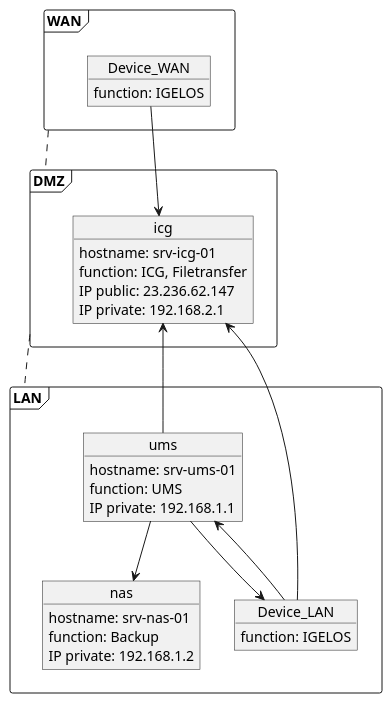
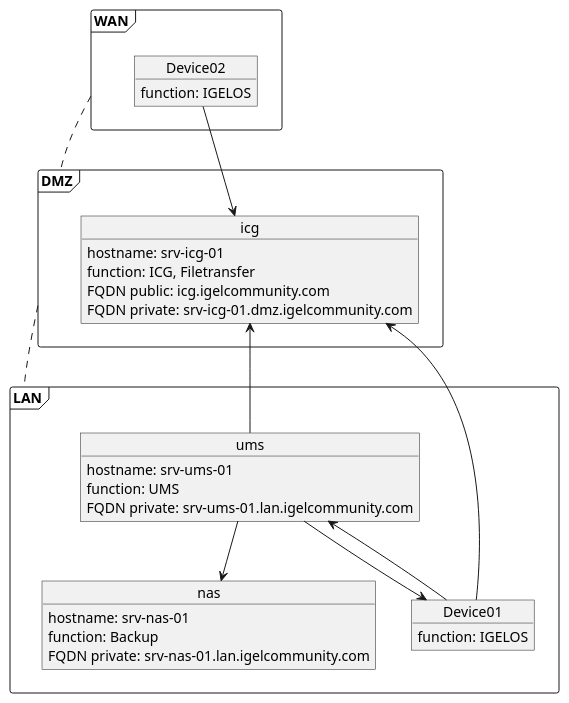
Before and after one commit to falkheiland/IGEL-Ansible: the diagram in media/IGEL-Ansible.wsd, drawn with PlantUML. The commit also changed 2 other files, not shown here.

Commit message:
changed IP to FQDN

```diff
--- a/media/IGEL-Ansible.wsd
+++ b/media/IGEL-Ansible.wsd
@@ -1,53 +1,53 @@
 @startuml name IGEL-Ansible
 
 frame DMZ {
 
   object icg {
     hostname: srv-icg-01
     function: ICG, Filetransfer
-    IP public: 23.236.62.147
-    IP private: 192.168.2.1
+    FQDN public: icg.igelcommunity.com
+    FQDN private: srv-icg-01.dmz.igelcommunity.com
   }
 
 }
 
 frame LAN {
 
   object ums {
     hostname: srv-ums-01
     function: UMS
-    IP private: 192.168.1.1
+    FQDN private: srv-ums-01.lan.igelcommunity.com
   }
 
   object nas {
     hostname: srv-nas-01
     function: Backup
-    IP private: 192.168.1.2
+    FQDN private: srv-nas-01.lan.igelcommunity.com
   }
 
-  object Device_LAN {
+  object Device01 {
     function: IGELOS
   }
 
 }
 
 frame WAN {
 
-  object Device_WAN {
+  object Device02 {
     function: IGELOS
   }
 
 }
 
 
 WAN .down. DMZ
 DMZ .down. LAN
 
 ums -up-> icg
 ums -down-> nas
-ums -down-> Device_LAN
-Device_LAN -up-> ums
-Device_LAN -up-> icg
-Device_WAN -down-> icg
+ums -down-> Device01
+Device01 -up-> ums
+Device01 -up-> icg
+Device02 -down-> icg
 
 @enduml
```
